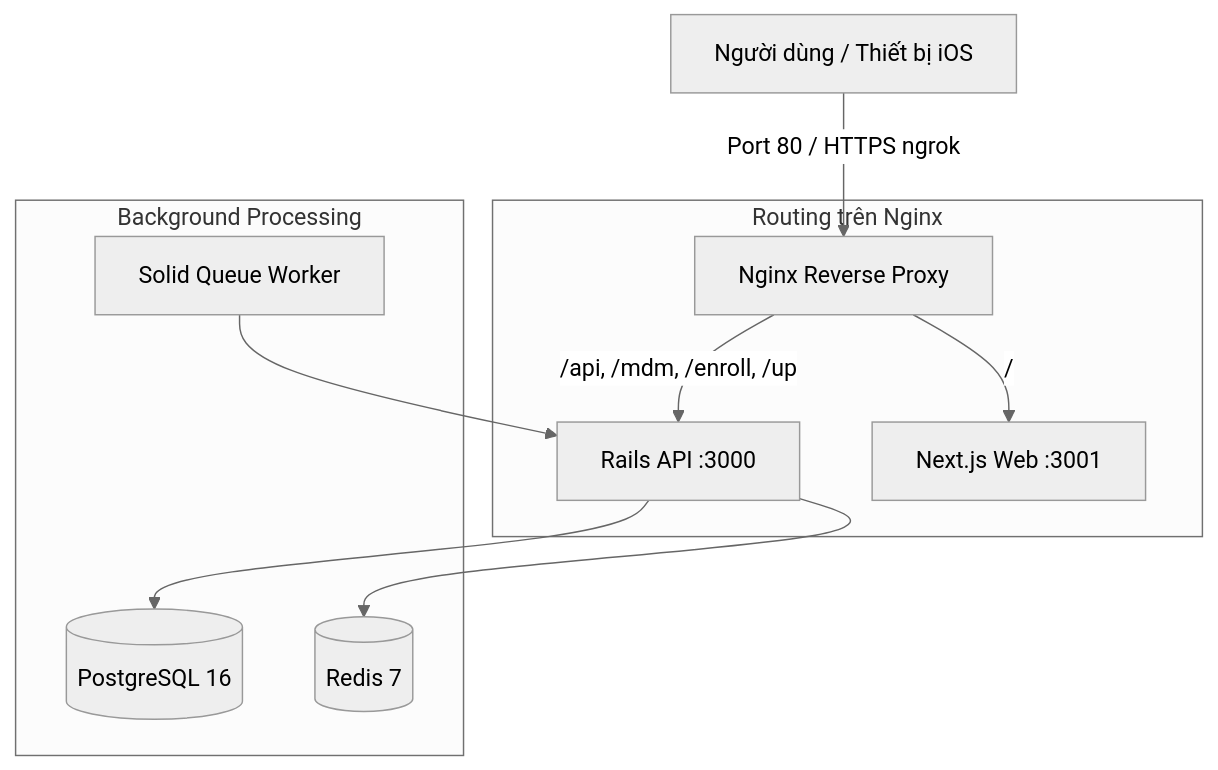
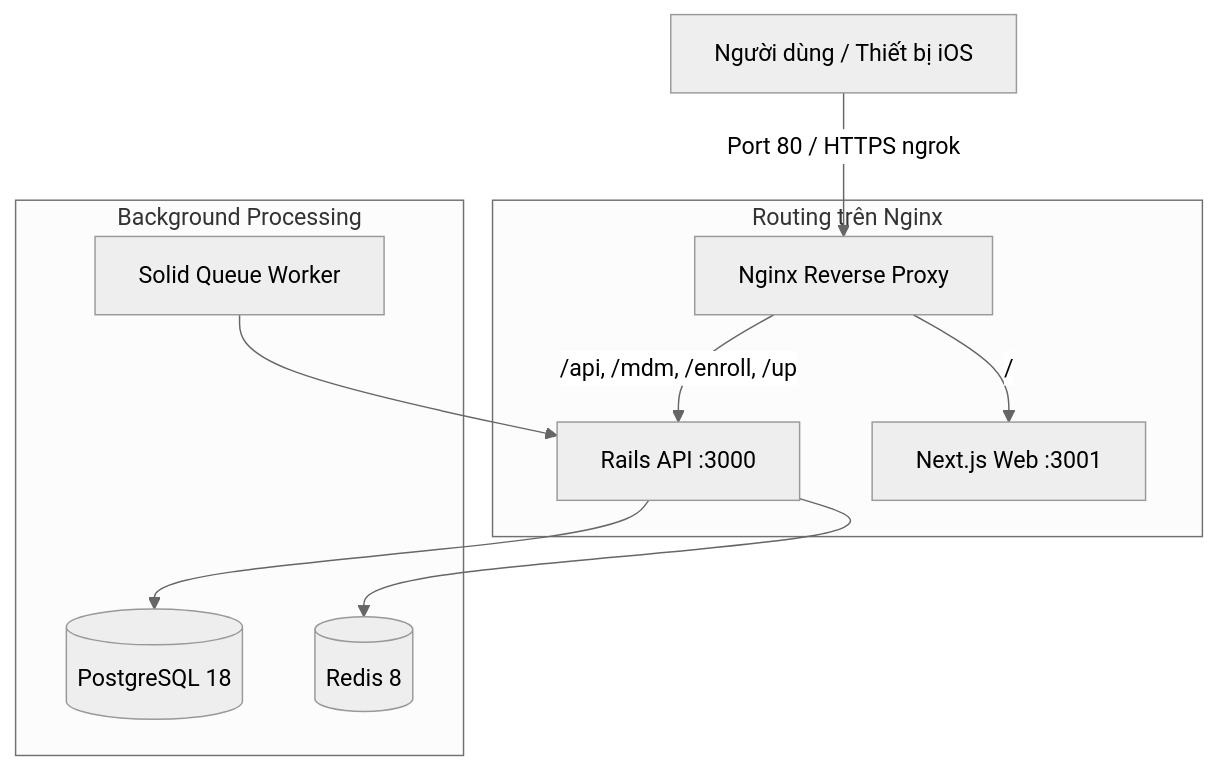
Before and after one commit to hoquanganh/setup-mac-ubuntu: the diagram in docs/machines/macbook_pro_2019_ubuntu_server.md, drawn with Mermaid (neutral theme). The commit also changed other lines of this file, not shown here.

````diff
--- a/docs/machines/macbook_pro_2019_ubuntu_server.md
+++ b/docs/machines/macbook_pro_2019_ubuntu_server.md
@@ -49,15 +105,15 @@
 ```mermaid
 graph TD
     Client[Người dùng / Thiết bị iOS] -->|Port 80 / HTTPS ngrok| Nginx[Nginx Reverse Proxy]
     
     subgraph Routing trên Nginx
         Nginx -->|/api, /mdm, /enroll, /up| BE[Rails API :3000]
         Nginx -->|/| FE[Next.js Web :3001]
     end
 
     subgraph Background Processing
-        BE --> Postgres[(PostgreSQL 16)]
-        BE --> Redis[(Redis 7)]
+        BE --> Postgres[(PostgreSQL 18)]
+        BE --> Redis[(Redis 8)]
         Worker[Solid Queue Worker] --> BE
     end
 ```
````
